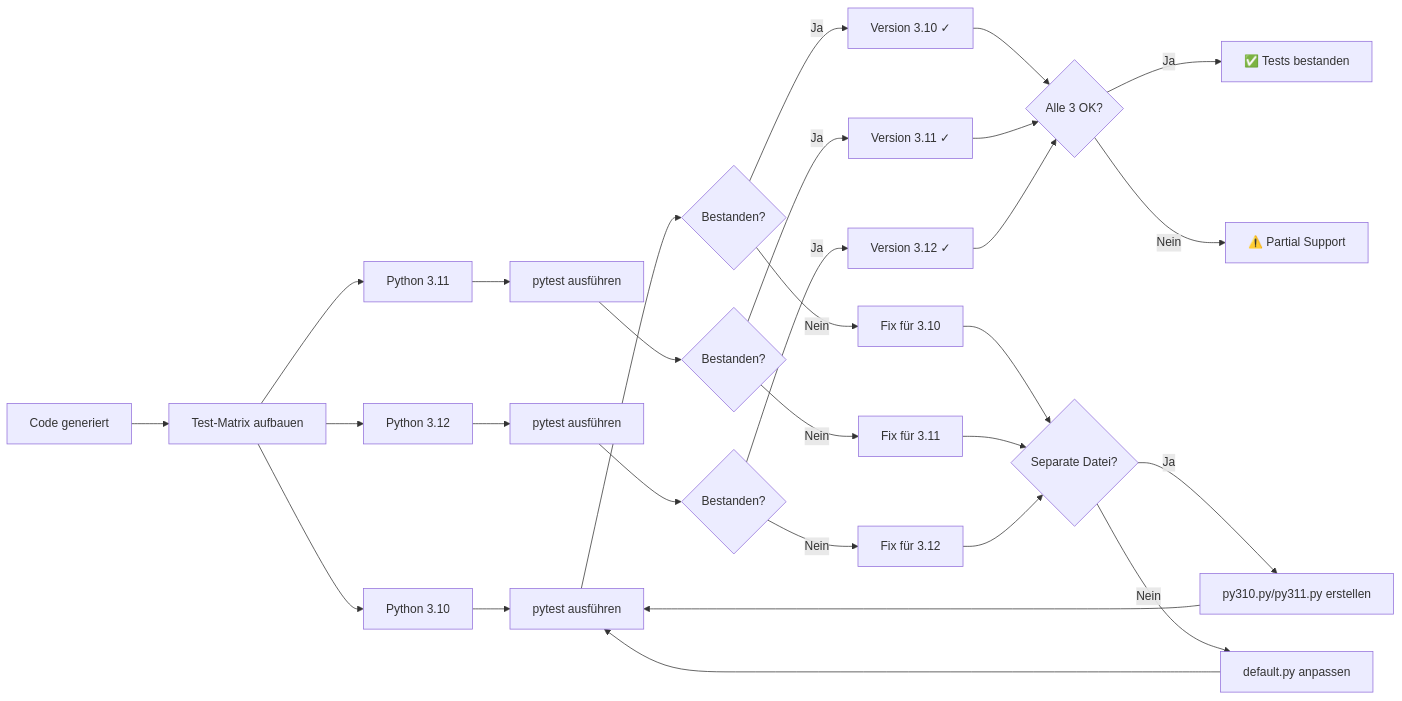
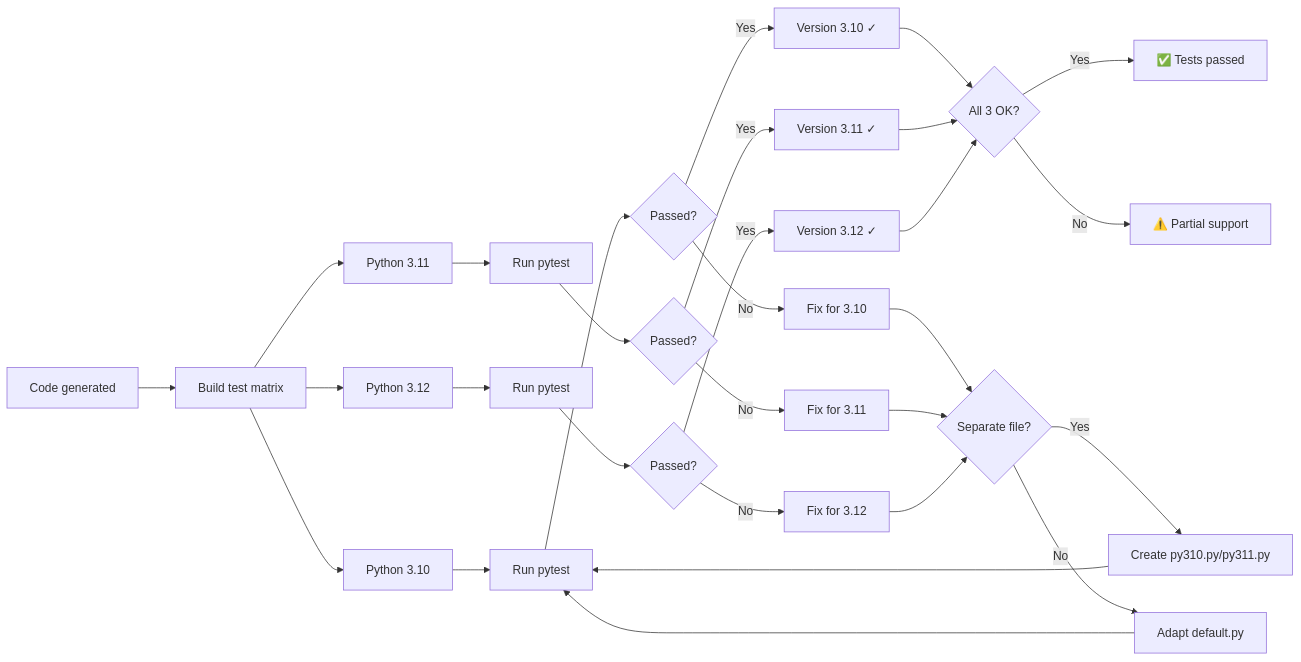
Before and after one commit to MarkusNeusinger/pyplots: the fifth of 9 diagrams in docs/workflow.md, drawn with Mermaid. The commit also changed other lines of this file, not shown here.

````diff
--- a/docs/workflow.md
+++ b/docs/workflow.md
@@ -191,40 +191,40 @@
 ```mermaid
 graph LR
-    A[Code generiert] --> B[Test-Matrix aufbauen]
+    A[Code generated] --> B[Build test matrix]
     B --> C1[Python 3.10]
     B --> C2[Python 3.11]
     B --> C3[Python 3.12]
 
-    C1 --> D1[pytest ausführen]
-    C2 --> D2[pytest ausführen]
-    C3 --> D3[pytest ausführen]
+    C1 --> D1[Run pytest]
+    C2 --> D2[Run pytest]
+    C3 --> D3[Run pytest]
 
-    D1 --> E1{Bestanden?}
-    D2 --> E2{Bestanden?}
-    D3 --> E3{Bestanden?}
+    D1 --> E1{Passed?}
+    D2 --> E2{Passed?}
+    D3 --> E3{Passed?}
 
-    E1 -->|Ja| F[Version 3.10 ✓]
-    E2 -->|Ja| G[Version 3.11 ✓]
-    E3 -->|Ja| H[Version 3.12 ✓]
+    E1 -->|Yes| F[Version 3.10 ✓]
+    E2 -->|Yes| G[Version 3.11 ✓]
+    E3 -->|Yes| H[Version 3.12 ✓]
 
-    E1 -->|Nein| I1[Fix für 3.10]
-    E2 -->|Nein| I2[Fix für 3.11]
-    E3 -->|Nein| I3[Fix für 3.12]
+    E1 -->|No| I1[Fix for 3.10]
+    E2 -->|No| I2[Fix for 3.11]
+    E3 -->|No| I3[Fix for 3.12]
 
-    I1 --> J{Separate Datei?}
+    I1 --> J{Separate file?}
     I2 --> J
     I3 --> J
 
-    J -->|Ja| K[py310.py/py311.py erstellen]
-    J -->|Nein| L[default.py anpassen]
+    J -->|Yes| K[Create py310.py/py311.py]
+    J -->|No| L[Adapt default.py]
 
     K --> D1
     L --> D1
 
-    F --> M{Alle 3 OK?}
+    F --> M{All 3 OK?}
     G --> M
     H --> M
 
-    M -->|Ja| N[✅ Tests bestanden]
-    M -->|Nein| O[⚠️ Partial Support]
+    M -->|Yes| N[✅ Tests passed]
+    M -->|No| O[⚠️ Partial support]
 ```
````
